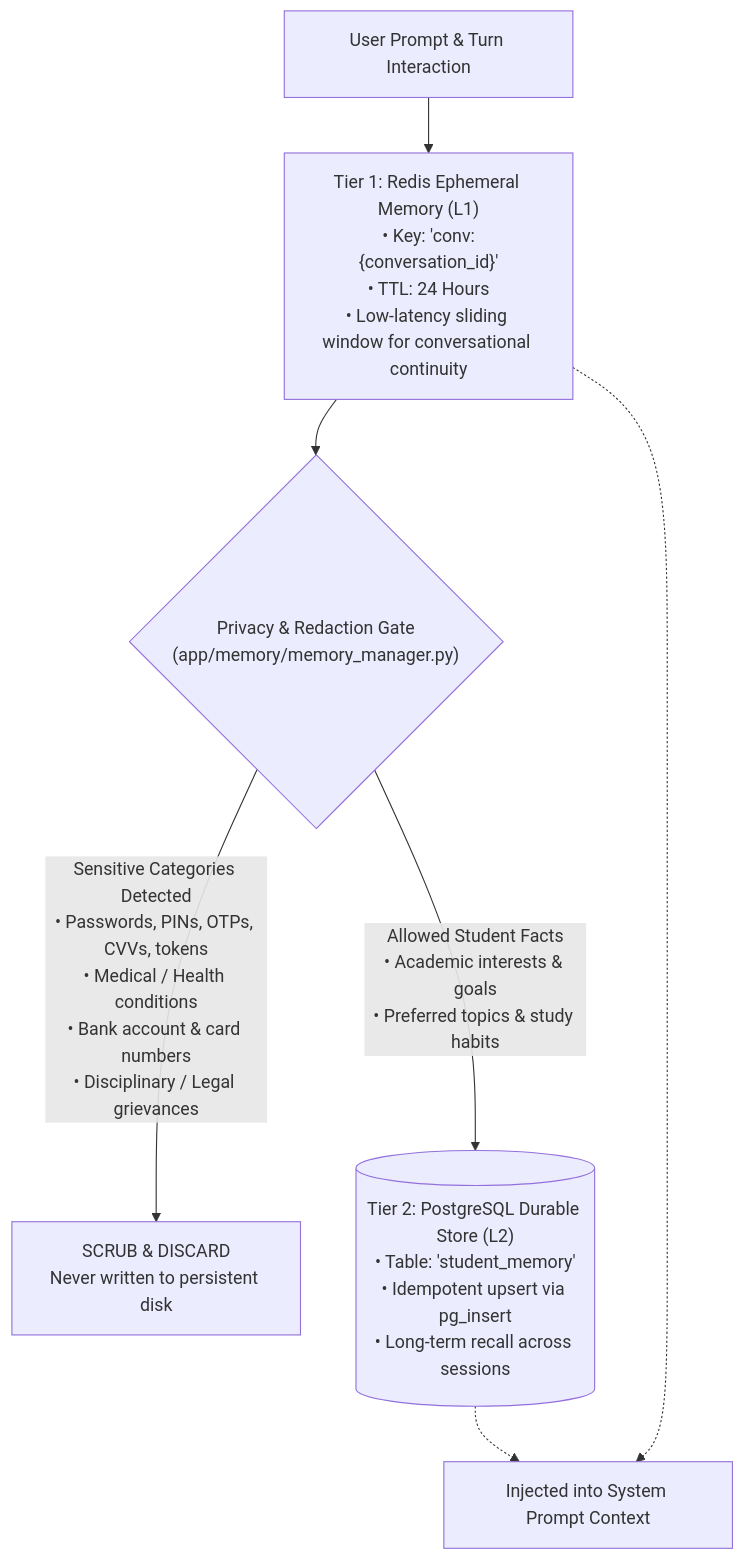
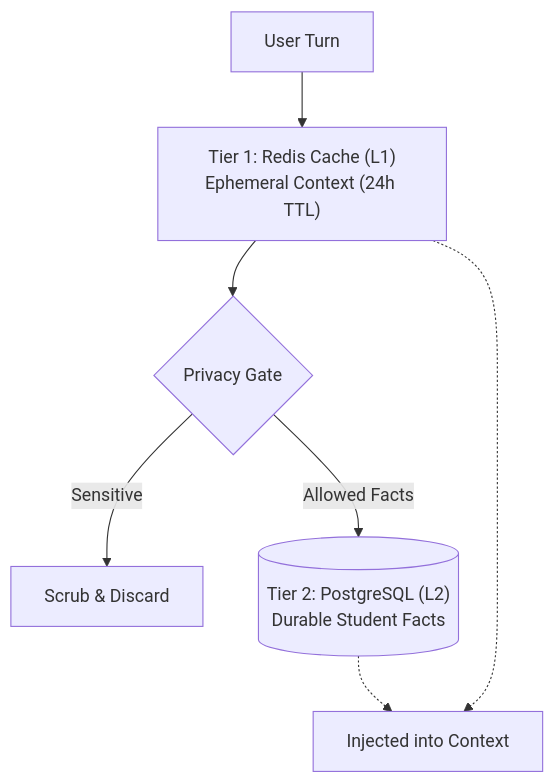
The diagram in Intelligent_Student_Support_Agent/app/memory/README.md (nakul-cloud/Intelligent_Student_Support_Agent), drawn with Mermaid before and after one commit. The commit also changed 28 other files, not shown here.

Commit message:
feat: add Intelligent Student Support Agent backend with RAG and chat controllers

````diff
--- a/Intelligent_Student_Support_Agent/app/memory/README.md
+++ b/Intelligent_Student_Support_Agent/app/memory/README.md
@@ -9,13 +9,11 @@
 ```mermaid
 flowchart TD
-    Turn["User Prompt & Turn Interaction"] --> Tier1["Tier 1: Redis Ephemeral Memory (L1)<br/>• Key: 'conv:{conversation_id}'<br/>• TTL: 24 Hours<br/>• Low-latency sliding window for conversational continuity"]
+    Turn["User Turn"] --> Tier1["Tier 1: Redis Cache (L1)<br/>Ephemeral Context (24h TTL)"]
+    Tier1 --> PrivacyGate{"Privacy Gate"}
 
-    Tier1 --> PrivacyGate{"Privacy & Redaction Gate<br/>(app/memory/memory_manager.py)"}
+    PrivacyGate -- "Sensitive" --> Scrub["Scrub & Discard"]
+    PrivacyGate -- "Allowed Facts" --> Tier2[("Tier 2: PostgreSQL (L2)<br/>Durable Student Facts")]
 
-    PrivacyGate -- "Sensitive Categories Detected<br/>• Passwords, PINs, OTPs, CVVs, tokens<br/>• Medical / Health conditions<br/>• Bank account & card numbers<br/>• Disciplinary / Legal grievances" --> Scrub["SCRUB & DISCARD<br/>Never written to persistent disk"]
-
-    PrivacyGate -- "Allowed Student Facts<br/>• Academic interests & goals<br/>• Preferred topics & study habits" --> Tier2[("Tier 2: PostgreSQL Durable Store (L2)<br/>• Table: 'student_memory'<br/>• Idempotent upsert via pg_insert<br/>• Long-term recall across sessions")]
-
-    Tier1 -.-> AgentContext["Injected into System Prompt Context"]
-    Tier2 -.-> AgentContext
+    Tier1 -.-> Context["Injected into Context"]
+    Tier2 -.-> Context
 ```
````
